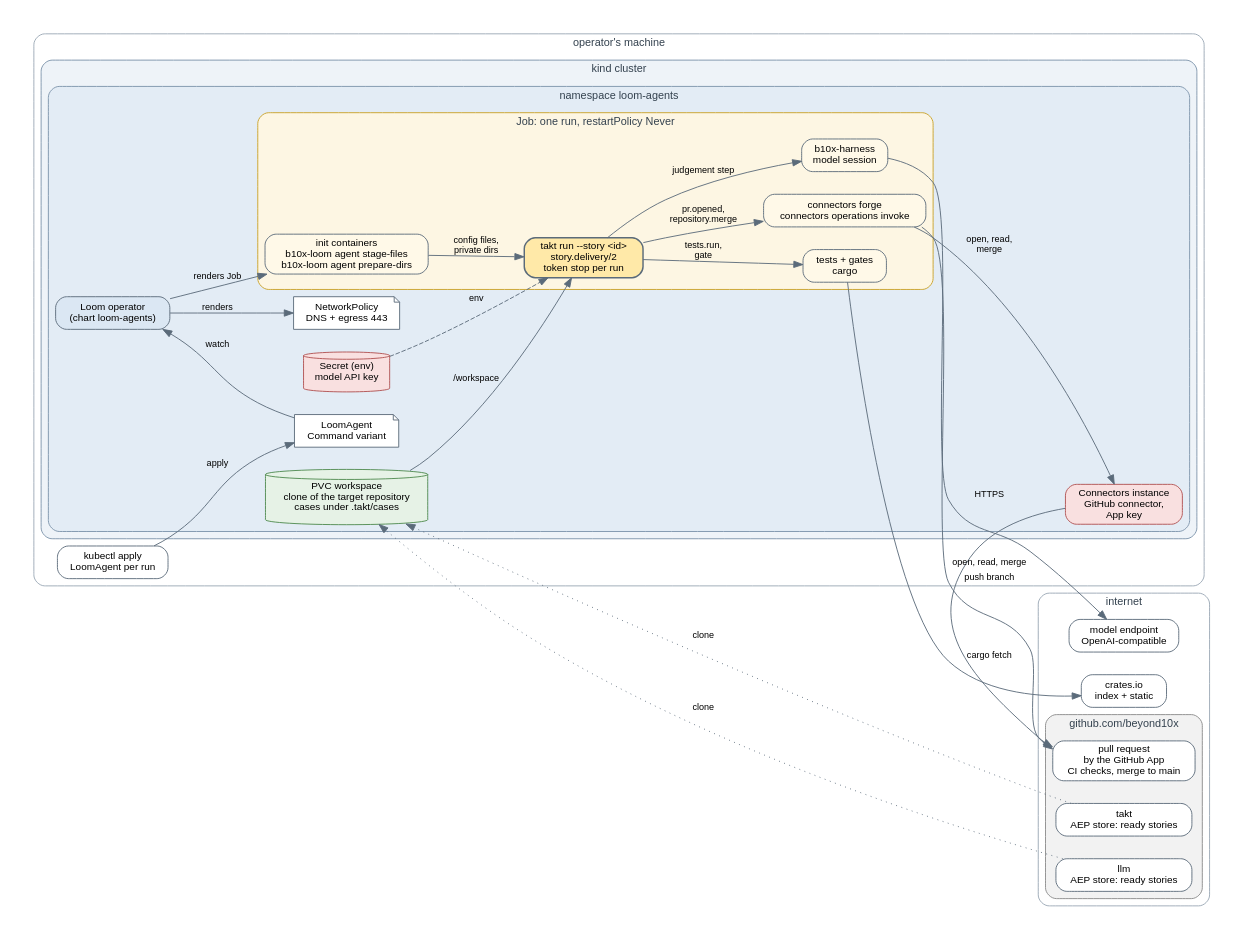
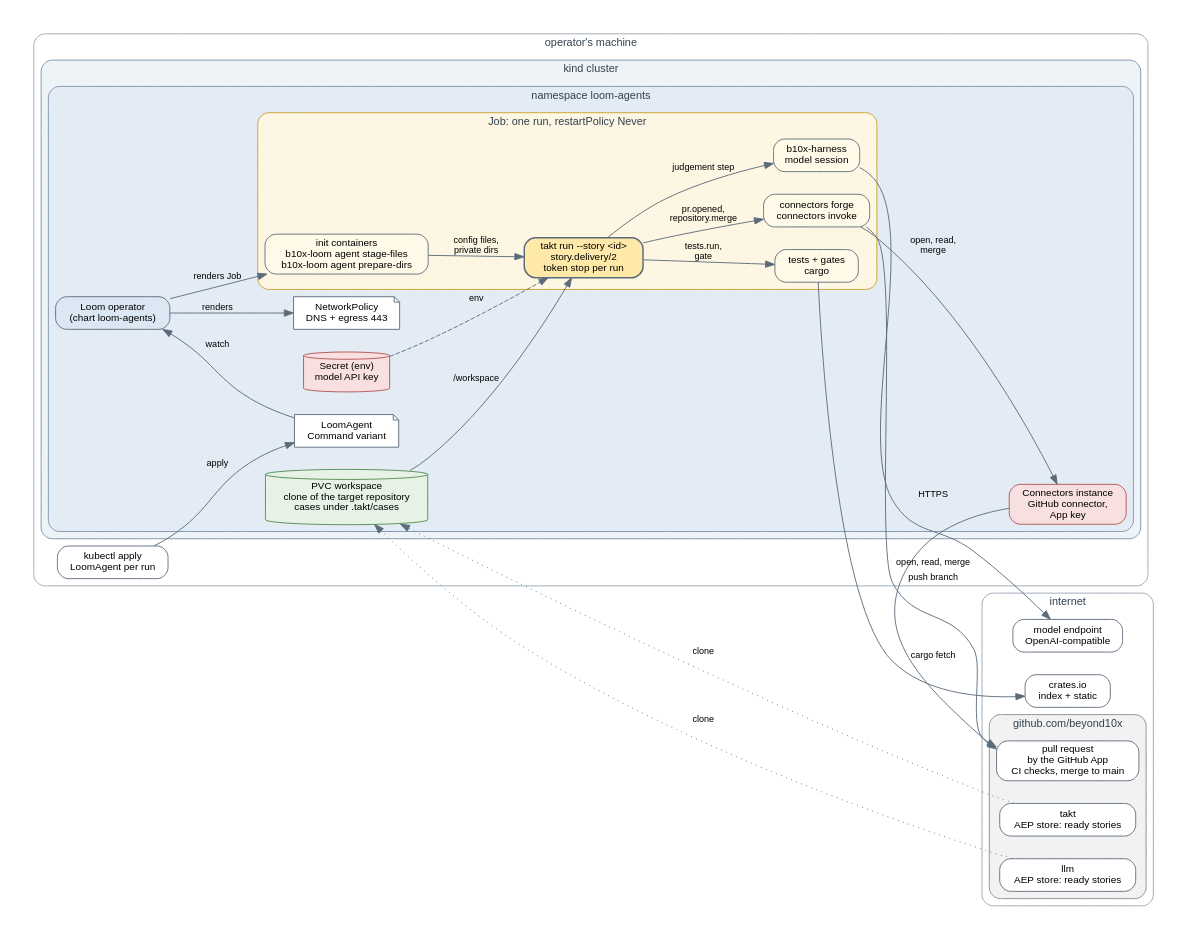
Before and after one commit to beyond10x/takt: the diagram in examples/cluster-delivery/architecture.dot, drawn with Graphviz. The commit also changed 11 other files, not shown here.

```diff
--- a/examples/cluster-delivery/architecture.dot
+++ b/examples/cluster-delivery/architecture.dot
@@ -1,67 +1,67 @@
 digraph cluster_delivery {
   graph [rankdir=LR, fontname="Helvetica", fontsize=12, nodesep=0.35, ranksep=0.7, bgcolor="white", pad=0.3];
   node  [shape=box, style="rounded,filled", fontname="Helvetica", fontsize=11, fillcolor="#f4f6f8", color="#5b6b7a"];
   edge  [fontname="Helvetica", fontsize=10, color="#5b6b7a"];
 
   subgraph cluster_host {
     label="operator's machine"; style="rounded"; color="#9aa7b4"; fontcolor="#33414e";
 
     kubectl [label="kubectl apply\nLoomAgent per run", fillcolor="#ffffff"];
 
     subgraph cluster_kind {
       label="kind cluster"; style="rounded,filled"; fillcolor="#eef3f8"; color="#7c93ab";
 
       subgraph cluster_ns {
         label="namespace loom-agents"; style="rounded,filled"; fillcolor="#e3ecf5"; color="#7c93ab";
 
         operator [label="Loom operator\n(chart loom-agents)", fillcolor="#dbe7f3"];
         cr [label="LoomAgent\nCommand variant", shape=note, fillcolor="#ffffff"];
         netpol [label="NetworkPolicy\nDNS + egress 443", shape=note, fillcolor="#ffffff"];
 
         subgraph cluster_job {
           label="Job: one run, restartPolicy Never"; style="rounded,filled"; fillcolor="#fdf6e3"; color="#c9a227";
 
           init [label="init containers\nb10x-loom agent stage-files\nb10x-loom agent prepare-dirs", fillcolor="#fff9e8"];
           takt [label="takt run --story <id>\nstory.delivery/2\ntoken stop per run", fillcolor="#ffe9a8", penwidth=1.6];
           harness [label="b10x-harness\nmodel session", fillcolor="#fff9e8"];
           checks [label="tests + gates\ncargo", fillcolor="#fff9e8"];
-          forge [label="connectors forge\nconnectors operations invoke", fillcolor="#fff9e8"];
+          forge [label="connectors forge\nconnectors invoke", fillcolor="#fff9e8"];
         }
 
         envsecret [label="Secret (env)\nmodel API key", shape=cylinder, fillcolor="#f9e0e0", color="#b05050"];
         instance [label="Connectors instance\nGitHub connector,\nApp key", fillcolor="#f9e0e0", color="#b05050"];
         pvc [label="PVC workspace\nclone of the target repository\ncases under .takt/cases", shape=cylinder, fillcolor="#e6f2e6", color="#4f8a4f"];
       }
     }
   }
 
   subgraph cluster_ext {
     label="internet"; style="rounded"; color="#9aa7b4"; fontcolor="#33414e";
     model [label="model endpoint\nOpenAI-compatible", fillcolor="#ffffff"];
     crates [label="crates.io\nindex + static", fillcolor="#ffffff"];
     subgraph cluster_gh {
       label="github.com/beyond10x"; style="rounded,filled"; fillcolor="#f2f2f2"; color="#8a8a8a";
       repoA [label="takt\nAEP store: ready stories", fillcolor="#ffffff"];
       repoB [label="llm\nAEP store: ready stories", fillcolor="#ffffff"];
       pr [label="pull request\nby the GitHub App\nCI checks, merge to main", fillcolor="#ffffff"];
     }
   }
 
   kubectl -> cr [label="apply"];
   operator -> cr [label="watch", dir=back];
   operator -> init [label="renders Job"];
   operator -> netpol [label="renders"];
   init -> takt [label="config files,\nprivate dirs"];
   envsecret -> takt [label="env", style=dashed];
   forge -> instance [label="open, read,\nmerge"];
   pvc -> takt [label="/workspace"];
   takt -> harness [label="judgement step"];
   takt -> checks [label="tests.run,\ngate"];
   takt -> forge [label="pr.opened,\nrepository.merge"];
   harness -> model [label="HTTPS"];
   checks -> crates [label="cargo fetch"];
   repoA -> pvc [label="clone", style=dotted];
   repoB -> pvc [label="clone", style=dotted];
   forge -> pr [label="push branch"];
   instance -> pr [label="open, read, merge"];
 }
```
